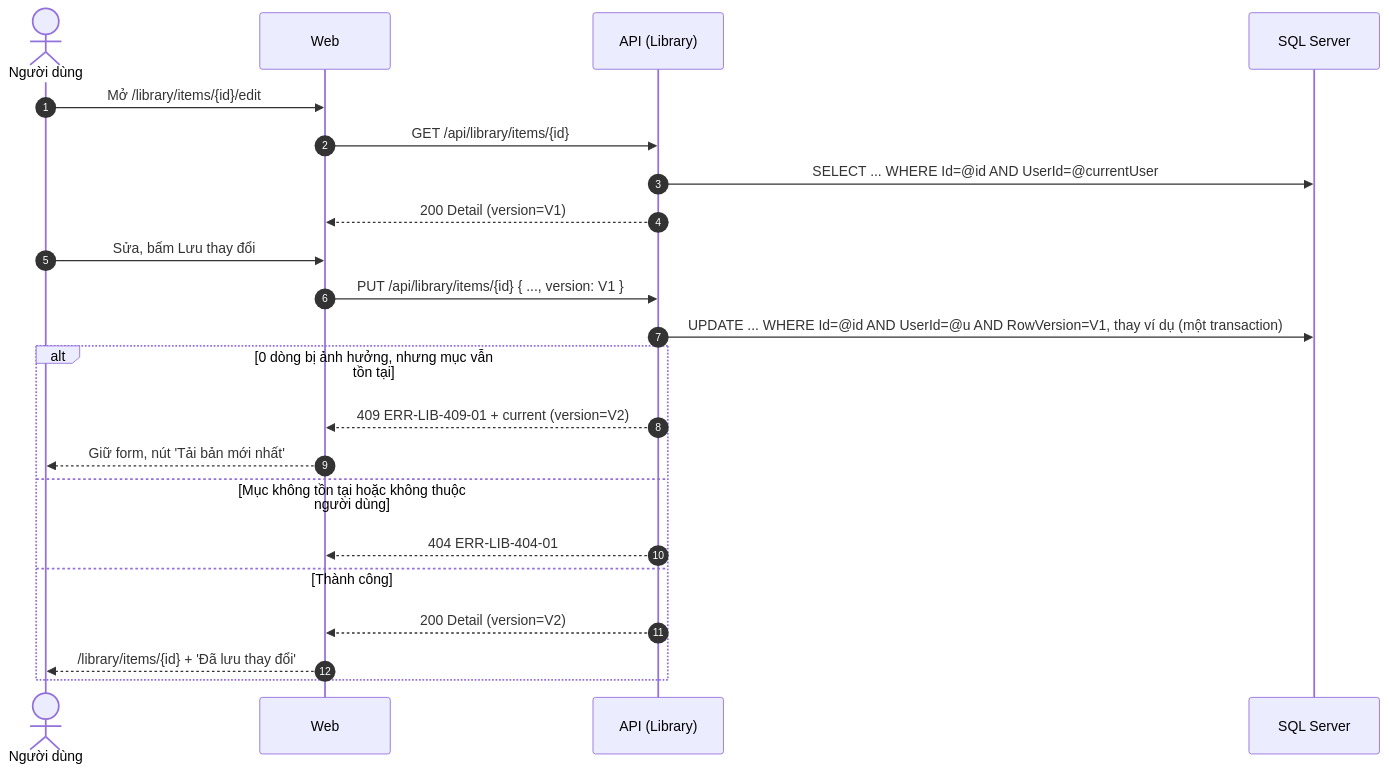
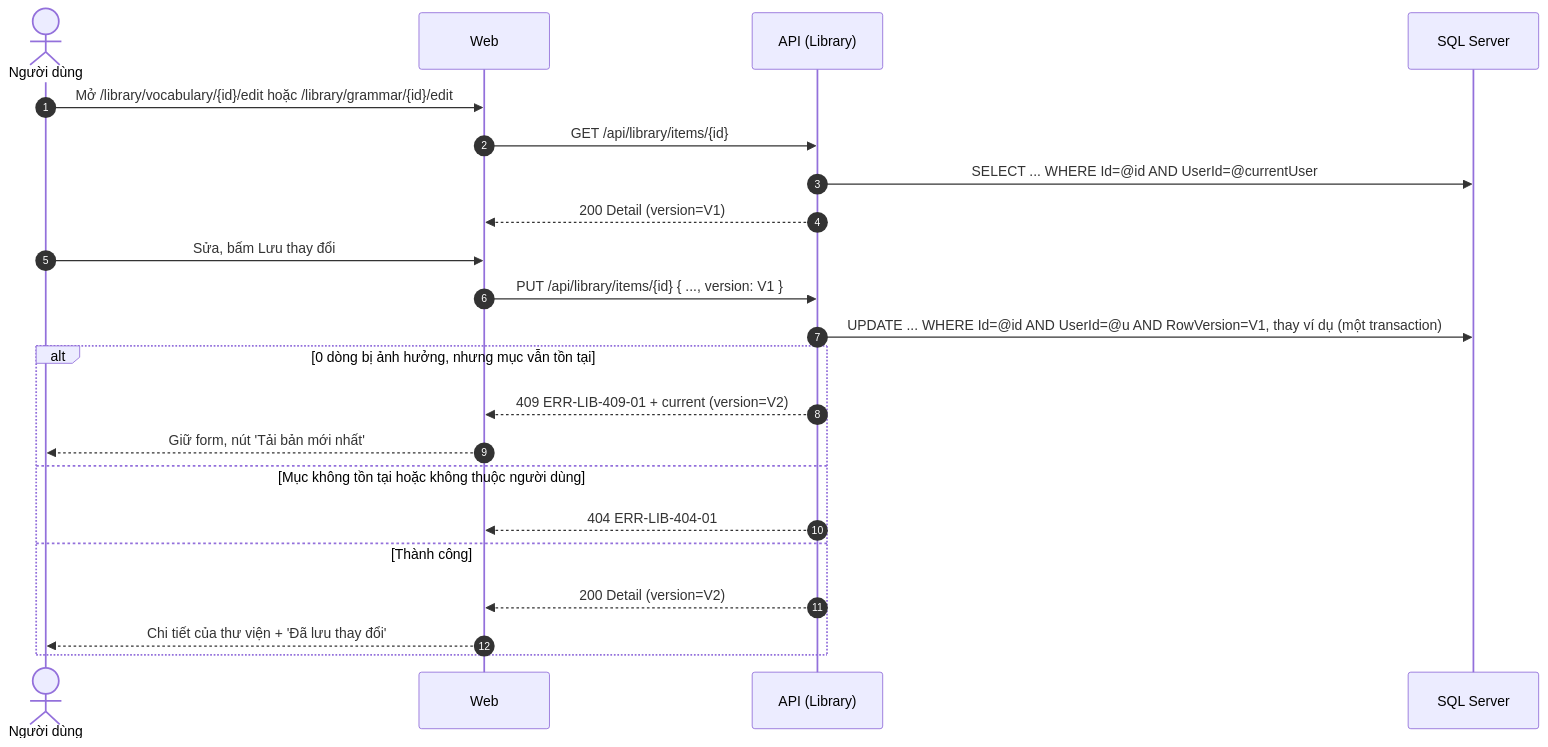
One commit to pamela172103/Lingozi changed the second of 2 diagrams in docs/features/knowledge-items/srs/US-LIB-05-edit-item.md. Above: the diagram before and after it, drawn with Mermaid. The commit also changed other lines of this file and 91 other files, not shown here.

First line of the commit message:
docs: split vocabulary and grammar libraries; redraw all wireframes as generated SVG

````diff
--- a/docs/features/knowledge-items/srs/US-LIB-05-edit-item.md
+++ b/docs/features/knowledge-items/srs/US-LIB-05-edit-item.md
@@ -95,24 +96,24 @@
 ```mermaid
 sequenceDiagram
     autonumber
     actor U as Người dùng
     participant W as Web
     participant A as API (Library)
     participant DB as SQL Server
-    U->>W: Mở /library/items/{id}/edit
+    U->>W: Mở /library/vocabulary/{id}/edit hoặc /library/grammar/{id}/edit
     W->>A: GET /api/library/items/{id}
     A->>DB: SELECT ... WHERE Id=@id AND UserId=@currentUser
     A-->>W: 200 Detail (version=V1)
     U->>W: Sửa, bấm Lưu thay đổi
     W->>A: PUT /api/library/items/{id} { ..., version: V1 }
     A->>DB: UPDATE ... WHERE Id=@id AND UserId=@u AND RowVersion=V1, thay ví dụ (một transaction)
     alt 0 dòng bị ảnh hưởng, nhưng mục vẫn tồn tại
         A-->>W: 409 ERR-LIB-409-01 + current (version=V2)
         W-->>U: Giữ form, nút 'Tải bản mới nhất'
     else Mục không tồn tại hoặc không thuộc người dùng
         A-->>W: 404 ERR-LIB-404-01
     else Thành công
         A-->>W: 200 Detail (version=V2)
-        W-->>U: /library/items/{id} + 'Đã lưu thay đổi'
+        W-->>U: Chi tiết của thư viện + 'Đã lưu thay đổi'
     end
 ```
````
